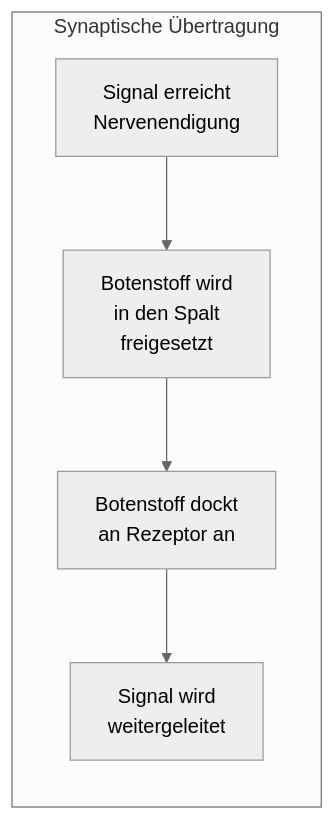
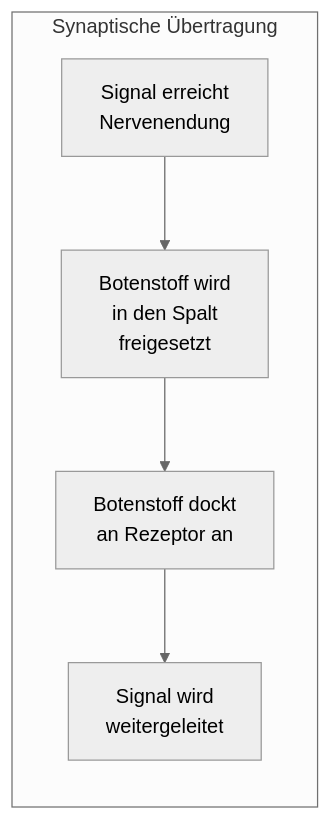
Before and after one commit to silas-hartmann/silas-hartmann.github.io: the first of 6 diagrams in Aufmerksamkeit_ADHS/ADHS_Grundlagen_und_Pädagogik.md, drawn with Mermaid (neutral theme). The commit also changed other lines of this file and 3 other files, not shown here.

````diff
--- a/Aufmerksamkeit_ADHS/ADHS_Grundlagen_und_Pädagogik.md
+++ b/Aufmerksamkeit_ADHS/ADHS_Grundlagen_und_Pädagogik.md
@@ -40,6 +50,6 @@
 ```mermaid
 flowchart LR
     subgraph Prozess["Synaptische Übertragung"]
-        A["Signal erreicht<br>Nervenendigung"] --> B["Botenstoff wird<br>in den Spalt<br>freigesetzt"] --> C["Botenstoff dockt<br>an Rezeptor an"] --> D["Signal wird<br>weitergeleitet"]
+        A["Signal erreicht<br>Nervenendung"] --> B["Botenstoff wird<br>in den Spalt<br>freigesetzt"] --> C["Botenstoff dockt<br>an Rezeptor an"] --> D["Signal wird<br>weitergeleitet"]
     end
 ```
````
